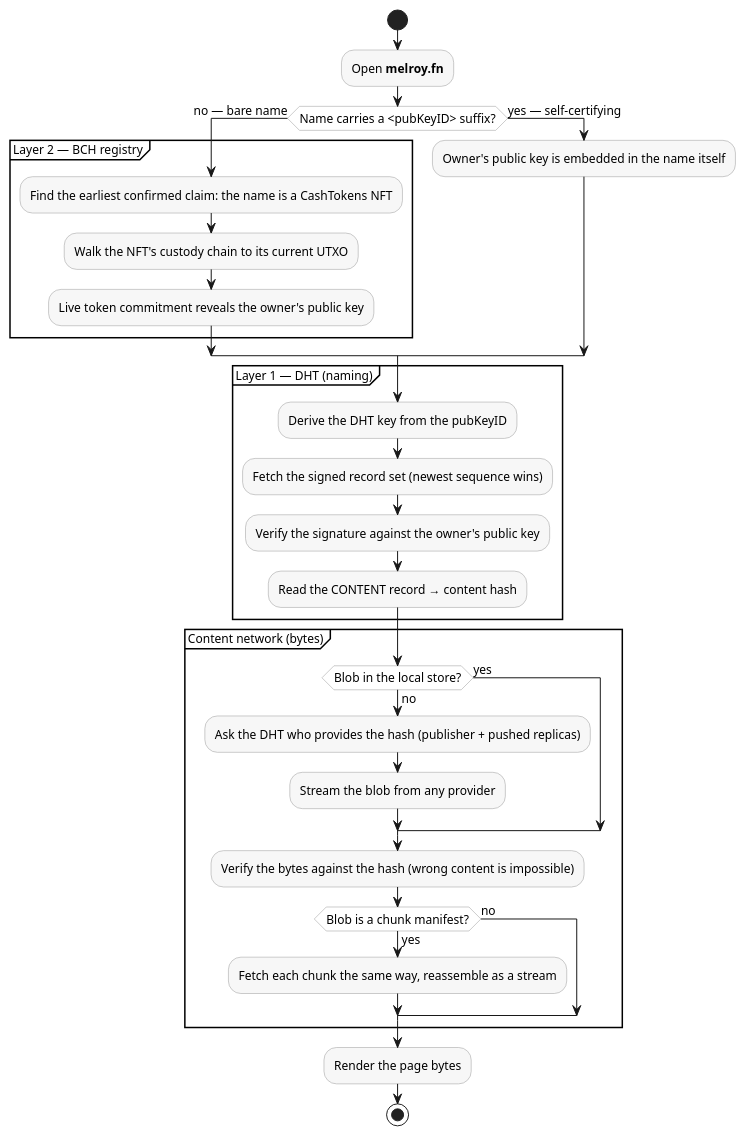
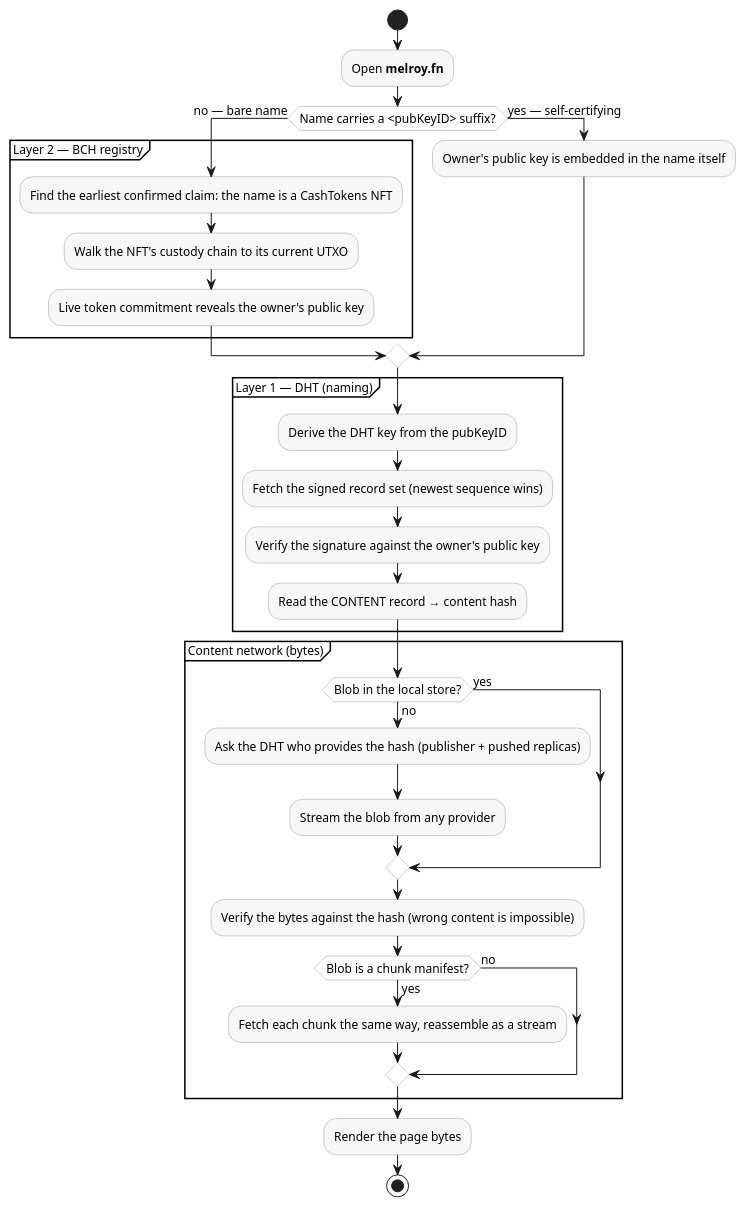
One commit to FreedomNames/FreedomNames changed the diagram in README.md. Above: the diagram before and after it, drawn with PlantUML.

Commit message:
README: fix malformed merge arrows in the flowchart
`skinparam ConditionEndStyle hline` rendered each conditional's merge
as a bare horizontal rule, with arrowheads pointing *into* it from
both the skip path and the main path. Three converging arrowheads read
as the flow terminating there rather than continuing.

Drop the skinparam so merges render as the standard diamond: branches
enter, one arrow exits. Costs ~70px of height (1135 -> 1206), which is
the right trade for a correct diagram.

Branch polarity is unchanged and matches the original: `then (yes)` is
the empty skip path, `else (no)` fetches -- a blob already in the local
store correctly skips the fetch.

Also tested dropping the empty `else (no)` branches to lean on implicit
merging; reverted, since that leaves the skip path unlabeled.

````diff
--- a/README.md
+++ b/README.md
@@ -46,46 +46,45 @@
 ```plantuml
 @startuml
 skinparam ranksep 25
 skinparam nodesep 14
 skinparam defaultFontSize 12
-skinparam ConditionEndStyle hline
 skinparam activity {
   BackgroundColor #F7F7F7
   BorderColor #999999
   DiamondBackgroundColor #FFFFFF
   DiamondBorderColor #999999
 }
 
 start
 :Open <b>melroy.fn</b>;
 if (Name carries a <pubKeyID> suffix?) then (no — bare name)
   partition "Layer 2 — BCH registry" {
     :Find the earliest confirmed claim: the name is a CashTokens NFT;
     :Walk the NFT's custody chain to its current UTXO;
     :Live token commitment reveals the owner's public key;
   }
 else (yes — self-certifying)
   :Owner's public key is embedded in the name itself;
 endif
 partition "Layer 1 — DHT (naming)" {
   :Derive the DHT key from the pubKeyID;
   :Fetch the signed record set (newest sequence wins);
   :Verify the signature against the owner's public key;
   :Read the CONTENT record → content hash;
 }
 partition "Content network (bytes)" {
   if (Blob in the local store?) then (yes)
   else (no)
     :Ask the DHT who provides the hash (publisher + pushed replicas);
     :Stream the blob from any provider;
   endif
   :Verify the bytes against the hash (wrong content is impossible);
   if (Blob is a chunk manifest?) then (yes)
     :Fetch each chunk the same way, reassemble as a stream;
   else (no)
   endif
 }
 :Render the page bytes;
 stop
 @enduml
 ```
````
